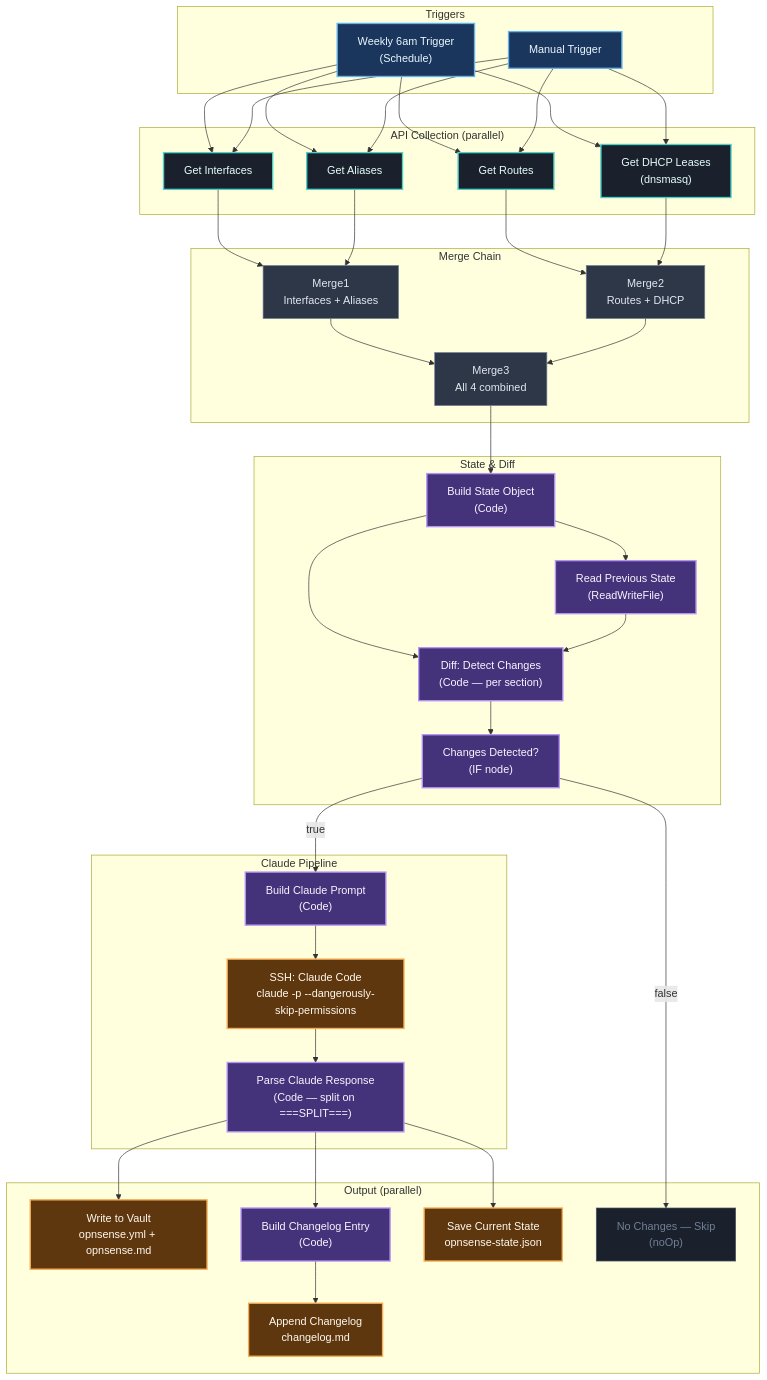
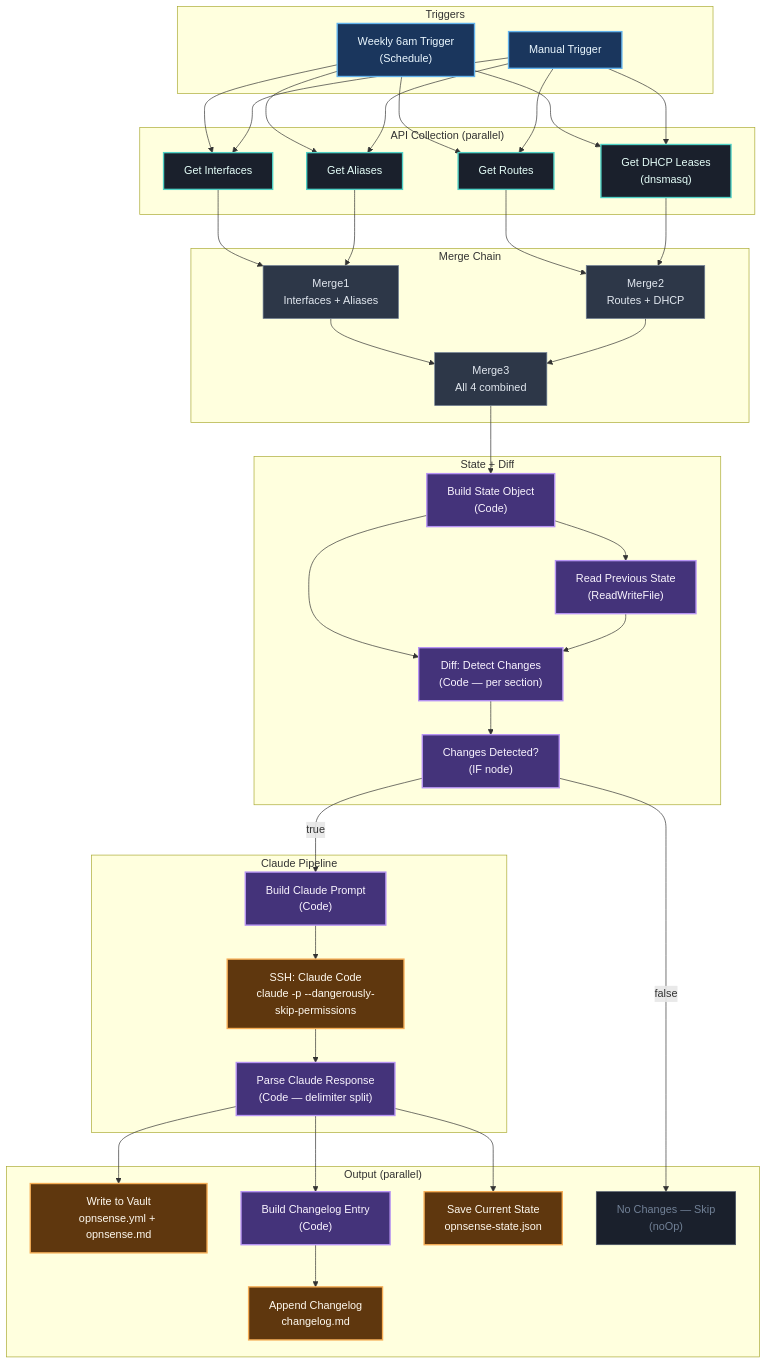
One commit to moshthesubnet/hugo_website changed the second of 2 diagrams in content/docs/projects/n8n-homelab-docs-pipeline/index.md. Above: the diagram before and after it, drawn with Mermaid. The commit also changed 1 other file, not shown here.

Commit message:
Fix Mermaid diagram syntax and update blog post for current n8n workflow
Mermaid: replace & in subgraph label and ===SPLIT=== in node label to avoid
parser conflicts with parallel-edge and thick-edge syntax in Mermaid v11.

Blog: rewrite gotcha #3 to reflect the real fix — NODE_FUNCTION_ALLOW_BUILTIN=fs
in Docker Compose enables fs in Code nodes, eliminating the Write node and
Convert to File node entirely. Correct "The Output" section to accurately
describe Claude returning content to n8n, which writes files via fs.writeFileSync.
Fix weekly-trigger inconsistencies and update lastmod/dateModified.

```diff
--- a/content/docs/projects/n8n-homelab-docs-pipeline/index.md
+++ b/content/docs/projects/n8n-homelab-docs-pipeline/index.md
@@ -248,82 +248,82 @@
 {{< mermaid >}}
 flowchart TD
     subgraph triggers["Triggers"]
         SCHED["Weekly 6am Trigger<br/>(Schedule)"]
         MANUAL["Manual Trigger"]
     end
 
     subgraph collect["API Collection (parallel)"]
         GI["Get Interfaces"]
         GA["Get Aliases"]
         GR["Get Routes"]
         GD["Get DHCP Leases<br/>(dnsmasq)"]
     end
 
     subgraph merge["Merge Chain"]
         M1["Merge1<br/>Interfaces + Aliases"]
         M2["Merge2<br/>Routes + DHCP"]
         M3["Merge3<br/>All 4 combined"]
     end
 
-    subgraph state["State & Diff"]
+    subgraph state["State + Diff"]
         BSO["Build State Object<br/>(Code)"]
         RPS["Read Previous State<br/>(ReadWriteFile)"]
         DIFF["Diff: Detect Changes<br/>(Code — per section)"]
         IF["Changes Detected?<br/>(IF node)"]
     end
 
     subgraph claude["Claude Pipeline"]
         BCP["Build Claude Prompt<br/>(Code)"]
         SSH["SSH: Claude Code<br/>claude -p --dangerously-skip-permissions"]
-        PCR["Parse Claude Response<br/>(Code — split on ===SPLIT===)"]
+        PCR["Parse Claude Response<br/>(Code — delimiter split)"]
     end
 
     subgraph output["Output (parallel)"]
         WV["Write to Vault<br/>opnsense.yml + opnsense.md"]
         BCE["Build Changelog Entry<br/>(Code)"]
         SCS["Save Current State<br/>opnsense-state.json"]
         AC["Append Changelog<br/>changelog.md"]
         SKIP["No Changes — Skip<br/>(noOp)"]
     end
 
     SCHED --> GI & GA & GR & GD
     MANUAL --> GI & GA & GR & GD
 
     GI --> M1
     GA --> M1
     GR --> M2
     GD --> M2
     M1 --> M3
     M2 --> M3
     M3 --> BSO
 
     BSO --> RPS
     BSO --> DIFF
     RPS --> DIFF
     DIFF --> IF
 
     IF -->|true| BCP
     IF -->|false| SKIP
 
     BCP --> SSH
     SSH --> PCR
 
     PCR --> WV
     PCR --> BCE
     PCR --> SCS
     BCE --> AC
 
     classDef trigger fill:#1a365d,stroke:#63b3ed,stroke-width:2px,color:#ebf8ff
     classDef api fill:#1a202c,stroke:#4fd1c5,stroke-width:2px,color:#e6fffa
     classDef merge fill:#2d3748,stroke:#718096,stroke-width:1px,color:#e2e8f0
     classDef code fill:#44337a,stroke:#b794f4,stroke-width:2px,color:#faf5ff
     classDef io fill:#5f370e,stroke:#f6ad55,stroke-width:2px,color:#fffaf0
     classDef skip fill:#1a202c,stroke:#4a5568,stroke-width:1px,color:#718096
 
     class SCHED,MANUAL trigger
     class GI,GA,GR,GD api
     class M1,M2,M3 merge
     class BSO,RPS,DIFF,IF,BCP,PCR,BCE code
     class SSH,WV,SCS,AC io
     class SKIP skip
 {{< /mermaid >}}
```
